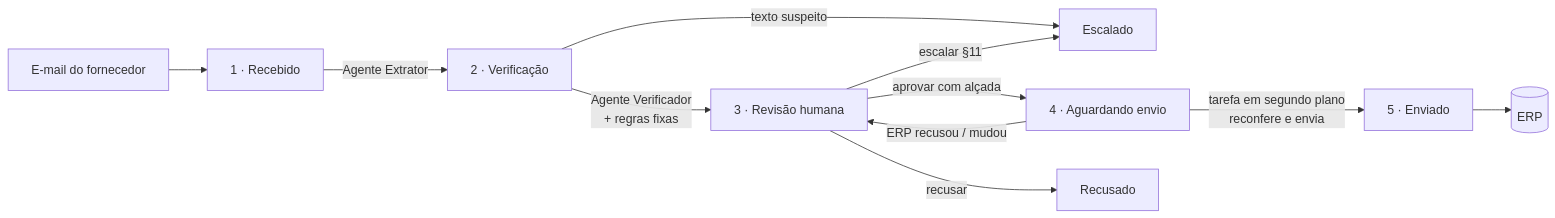
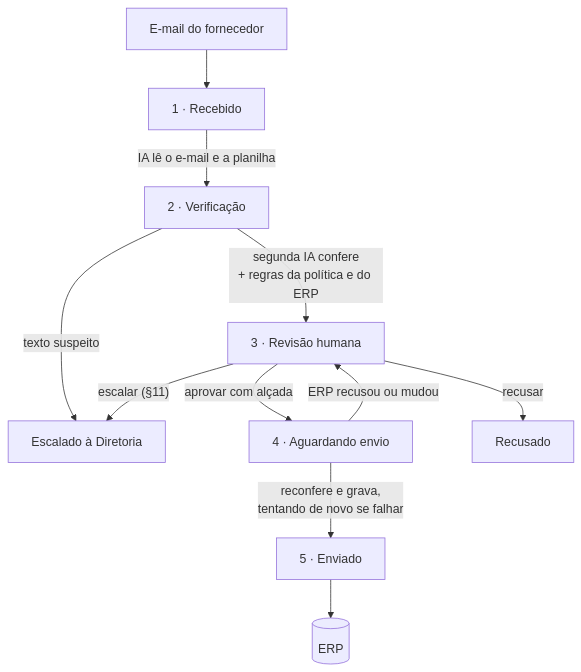
Before and after one commit to rt3norio/vitalis-condicoes-comerciais: the second of 3 diagrams in docs/entrega-pdf.md, drawn with Mermaid. The commit also changed other lines of this file and 14 other files, not shown here.

````diff
--- a/docs/entrega-pdf.md
+++ b/docs/entrega-pdf.md
@@ -62,13 +77,13 @@
 ```mermaid
-flowchart LR
-  A[E-mail do fornecedor] --> R1[1 · Recebido]
-  R1 -- Agente Extrator --> R2[2 · Verificação]
-  R2 -- Agente Verificador<br/>+ regras fixas --> R3[3 · Revisão humana]
-  R2 -- texto suspeito --> X[Escalado]
-  R3 -- aprovar com alçada --> R4[4 · Aguardando envio]
-  R3 -- recusar --> Y[Recusado]
-  R3 -- escalar §11 --> X
-  R4 -- tarefa em segundo plano<br/>reconfere e envia --> R5[5 · Enviado]
-  R4 -- ERP recusou / mudou --> R3
-  R5 --> G[(ERP)]
+flowchart TB
+  A["E-mail do fornecedor"] --> R1["1 · Recebido"]
+  R1 -- "IA lê o e-mail e a planilha" --> R2["2 · Verificação"]
+  R2 -- "segunda IA confere<br/>+ regras da política e do ERP" --> R3["3 · Revisão humana"]
+  R2 -- "texto suspeito" --> X["Escalado à Diretoria"]
+  R3 -- "aprovar com alçada" --> R4["4 · Aguardando envio"]
+  R3 -- "recusar" --> Y["Recusado"]
+  R3 -- "escalar (§11)" --> X
+  R4 -- "reconfere e grava,<br/>tentando de novo se falhar" --> R5["5 · Enviado"]
+  R4 -- "ERP recusou ou mudou" --> R3
+  R5 --> G[("ERP")]
 ```
````
